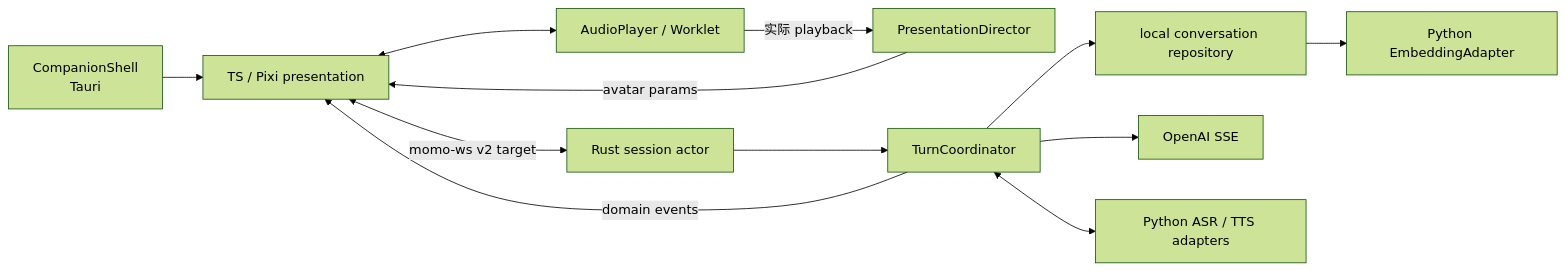
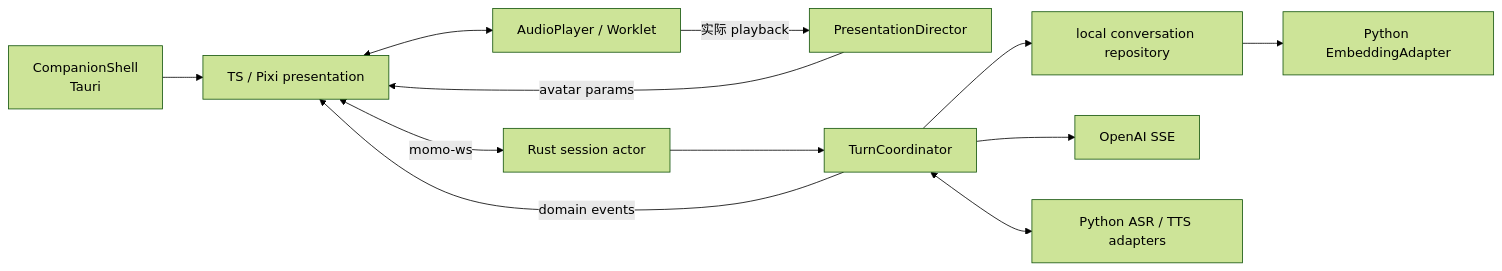
The diagram in docs/02-repos/momo-app.md (Momoyeyu/momo), drawn with Mermaid (forest theme) before and after one commit. The commit also changed other lines of this file and 23 other files, not shown here.

````diff
--- a/docs/02-repos/momo-app.md
+++ b/docs/02-repos/momo-app.md
@@ -26,14 +26,14 @@
 ```mermaid
 flowchart LR
     SHELL["CompanionShell<br/>Tauri"] --> UI["TS / Pixi presentation"]
     UI <--> AUDIO["AudioPlayer / Worklet"]
     AUDIO -->|"实际 playback"| PRESENT["PresentationDirector"]
     PRESENT -->|"avatar params"| UI
-    UI <-->|"momo-ws v2 target"| ACTOR["Rust session actor"]
+    UI <-->|"momo-ws"| ACTOR["Rust session actor"]
     ACTOR --> TURN["TurnCoordinator"]
     TURN -->|"domain events"| UI
     TURN --> REPO["local conversation repository"]
     REPO --> EMBED["Python EmbeddingAdapter"]
     TURN --> LLM["OpenAI SSE"]
     TURN <--> MODELS["Python ASR / TTS adapters"]
 ```
````
